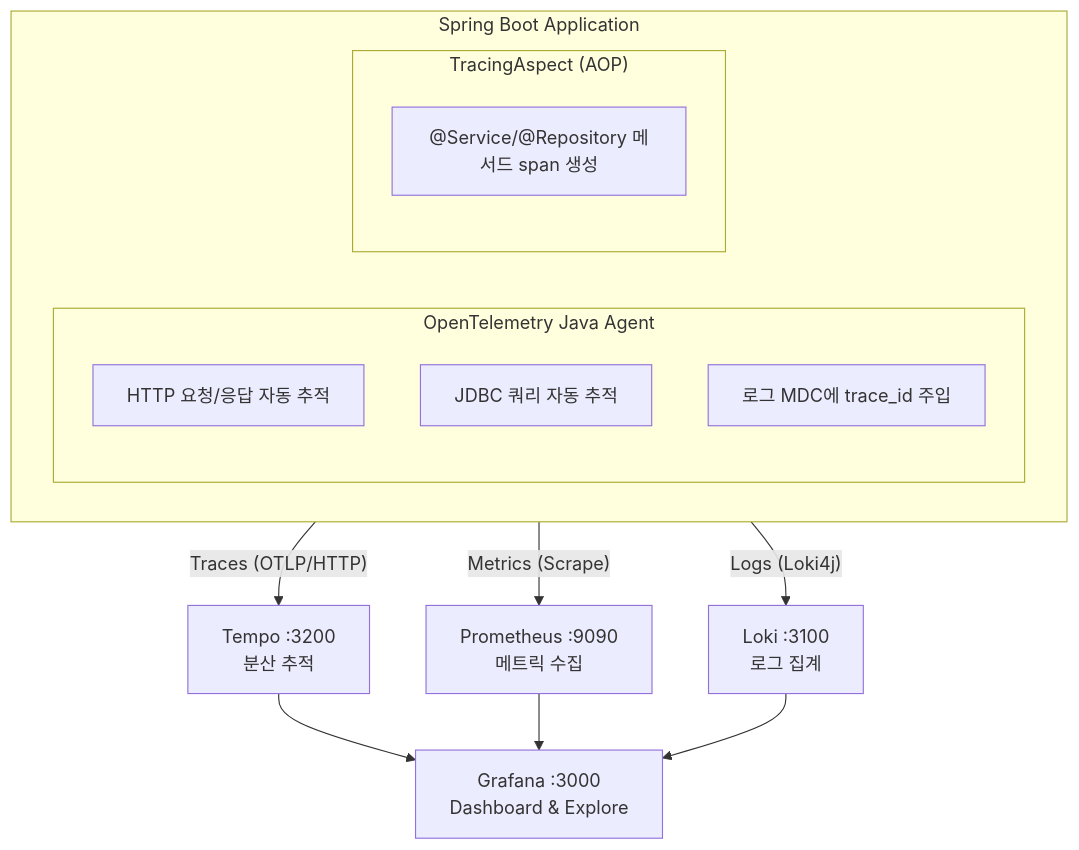
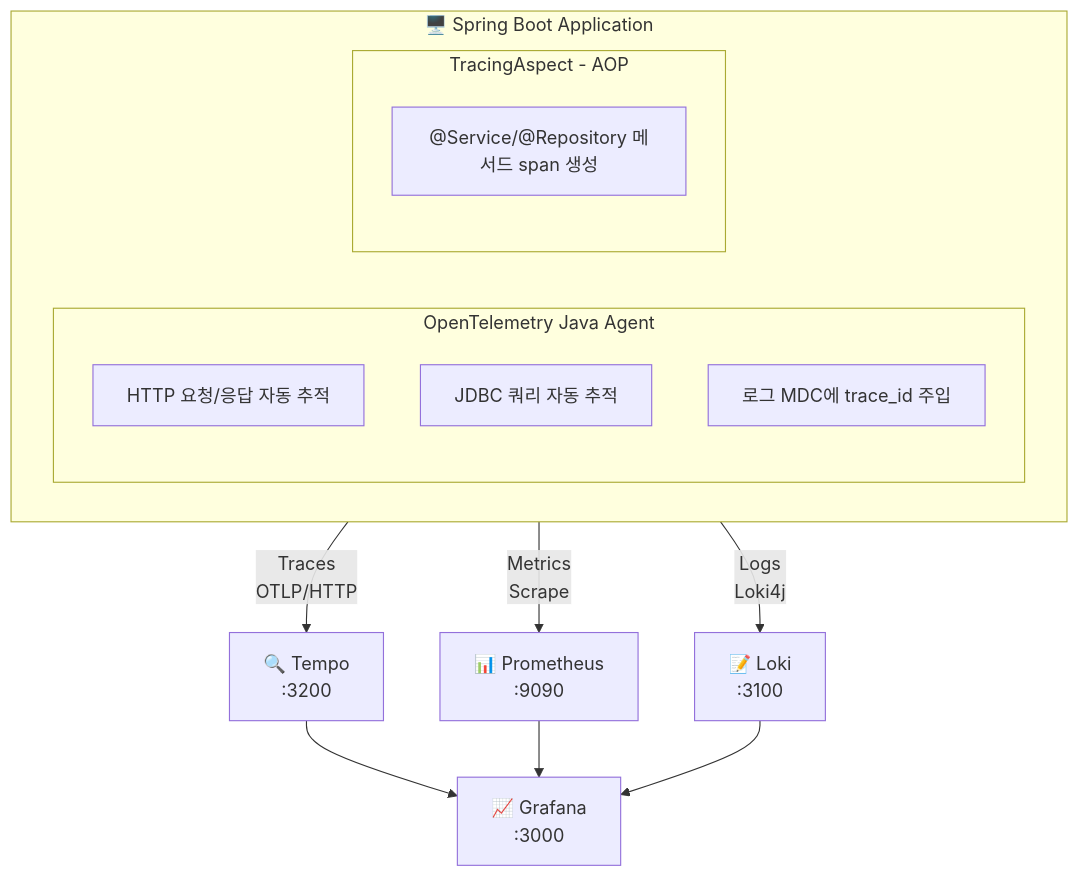
The diagram in README.md (wisehero/spring-boot-LGTM), drawn with Mermaid before and after one commit.

Commit message:
fix: Mermaid 다이어그램 줄바꿈 수정 (\n → <br/>)

````diff
--- a/README.md
+++ b/README.md
@@ -44,27 +44,27 @@
 ```mermaid
 flowchart TB
-    subgraph APP["Spring Boot Application"]
+    subgraph APP["🖥️ Spring Boot Application"]
         subgraph AGENT["OpenTelemetry Java Agent"]
             A1["HTTP 요청/응답 자동 추적"]
             A2["JDBC 쿼리 자동 추적"]
             A3["로그 MDC에 trace_id 주입"]
         end
-        subgraph AOP["TracingAspect (AOP)"]
+        subgraph AOP["TracingAspect - AOP"]
             B1["@Service/@Repository 메서드 span 생성"]
         end
     end
 
-    APP -->|"Traces (OTLP/HTTP)"| TEMPO
-    APP -->|"Metrics (Scrape)"| PROM
-    APP -->|"Logs (Loki4j)"| LOKI
+    APP -->|"Traces<br/>OTLP/HTTP"| TEMPO
+    APP -->|"Metrics<br/>Scrape"| PROM
+    APP -->|"Logs<br/>Loki4j"| LOKI
 
-    TEMPO["Tempo :3200\n분산 추적"]
-    PROM["Prometheus :9090\n메트릭 수집"]
-    LOKI["Loki :3100\n로그 집계"]
+    TEMPO["🔍 Tempo<br/>:3200"]
+    PROM["📊 Prometheus<br/>:9090"]
+    LOKI["📝 Loki<br/>:3100"]
 
     TEMPO --> GRAFANA
     PROM --> GRAFANA
     LOKI --> GRAFANA
 
-    GRAFANA["Grafana :3000\nDashboard & Explore"]
+    GRAFANA["📈 Grafana<br/>:3000"]
 ```
````
